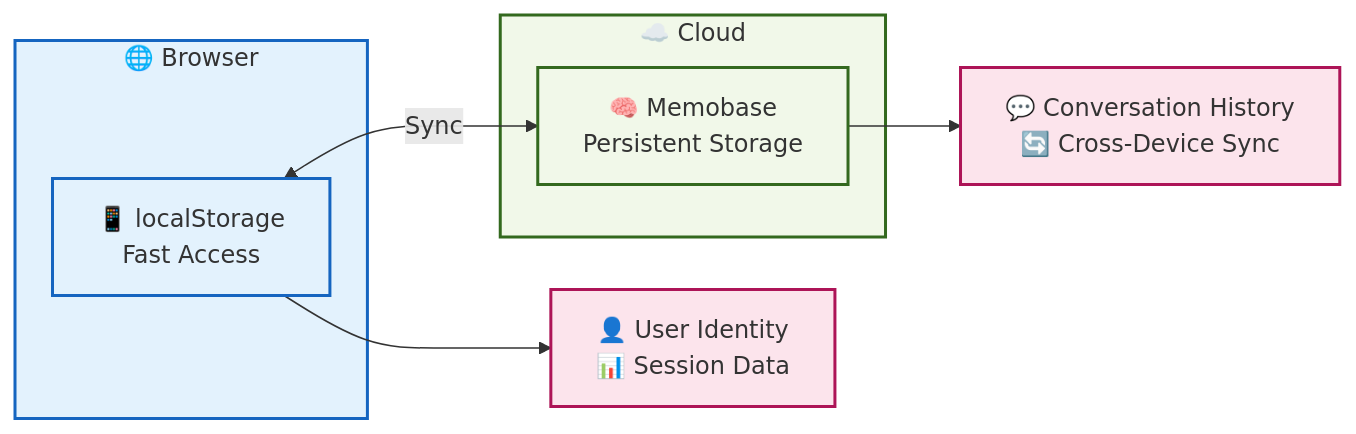
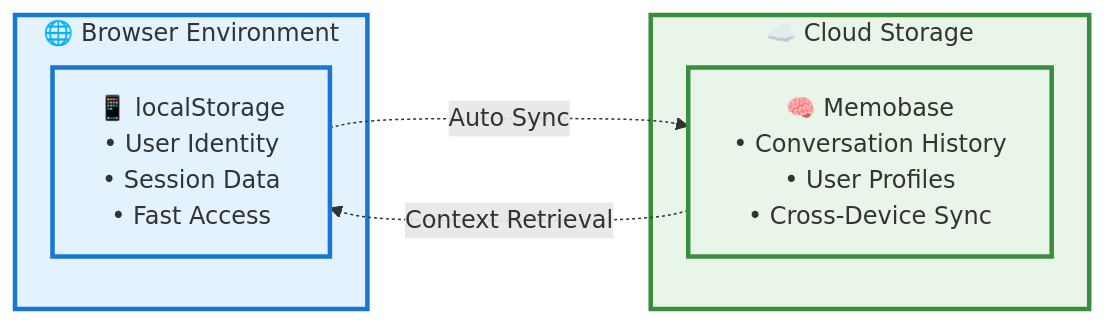
One commit to violettance/cognitype_chatbot changed the second of 2 diagrams in README.md. Above: the diagram before and after it, drawn with Mermaid. The commit also changed other lines of this file, not shown here.

Commit message:
Refactor: Update README.md for clarity and enhance data flow diagrams with improved styling

````diff
--- a/README.md
+++ b/README.md
@@ -129,23 +143,19 @@
 ```mermaid
-graph LR
-    subgraph Browser ["🌐 Browser"]
-        LS[📱 localStorage<br/>Fast Access]
+flowchart LR
+    subgraph Browser ["🌐 Browser Environment"]
+        LS[📱 localStorage<br/>• User Identity<br/>• Session Data<br/>• Fast Access]
     end
     
-    subgraph Cloud ["☁️ Cloud"]
-        MB[🧠 Memobase<br/>Persistent Storage]
+    subgraph Cloud ["☁️ Cloud Storage"]
+        MB[🧠 Memobase<br/>• Conversation History<br/>• User Profiles<br/>• Cross-Device Sync]
     end
     
-    LS <-->|Sync| MB
+    LS -.->|Auto Sync| MB
+    MB -.->|Context Retrieval| LS
     
-    LS --> UI[👤 User Identity<br/>📊 Session Data]
-    MB --> CH[💬 Conversation History<br/>🔄 Cross-Device Sync]
+    classDef browserStyle fill:#E3F2FD,stroke:#1976D2,stroke-width:3px
+    classDef cloudStyle fill:#E8F5E8,stroke:#388E3C,stroke-width:3px
     
-    classDef browserClass fill:#e3f2fd,stroke:#1565c0,stroke-width:2px
-    classDef cloudClass fill:#f1f8e9,stroke:#33691e,stroke-width:2px
-    classDef dataClass fill:#fce4ec,stroke:#ad1457,stroke-width:2px
-    
-    class LS,Browser browserClass
-    class MB,Cloud cloudClass
-    class UI,CH dataClass
+    class LS,Browser browserStyle
+    class MB,Cloud cloudStyle
 ```
````
